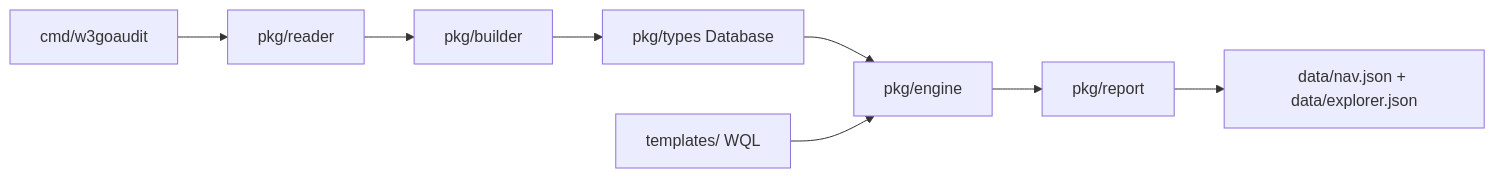
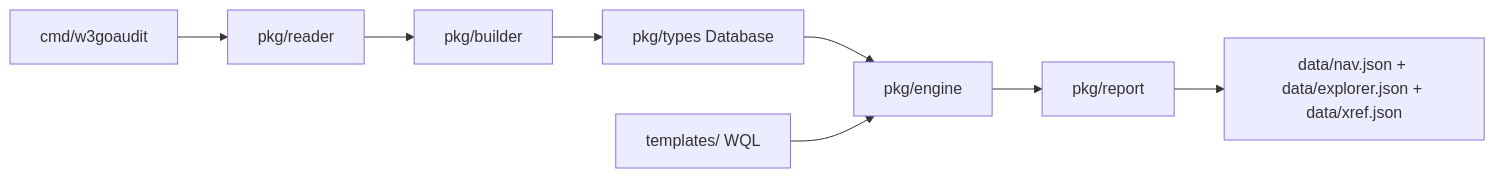
One commit to th13vn/w3goaudit changed the diagram in INDEX.md. Above: the diagram before and after it, drawn with Mermaid. The commit also changed other lines of this file and 13 other files, not shown here.

First line of the commit message:
docs(release): document xref.json + import heuristics, bump to v0.4.1

````diff
--- a/INDEX.md
+++ b/INDEX.md
@@ -11,10 +11,10 @@
 ```mermaid
 graph LR
     CLI[cmd/w3goaudit] --> Reader[pkg/reader]
     Reader --> Builder[pkg/builder]
     Builder --> Types[pkg/types Database]
     Types --> Engine[pkg/engine]
     Templates[templates/ WQL] --> Engine
     Engine --> Report[pkg/report]
-    Report --> Nav[data/nav.json + data/explorer.json]
+    Report --> Nav[data/nav.json + data/explorer.json + data/xref.json]
 ```
````
